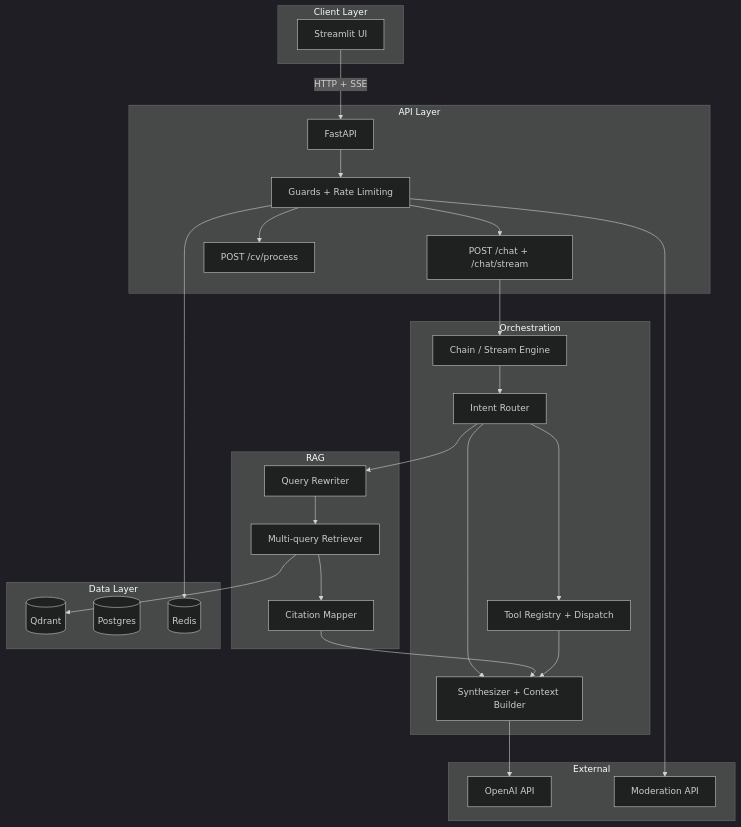
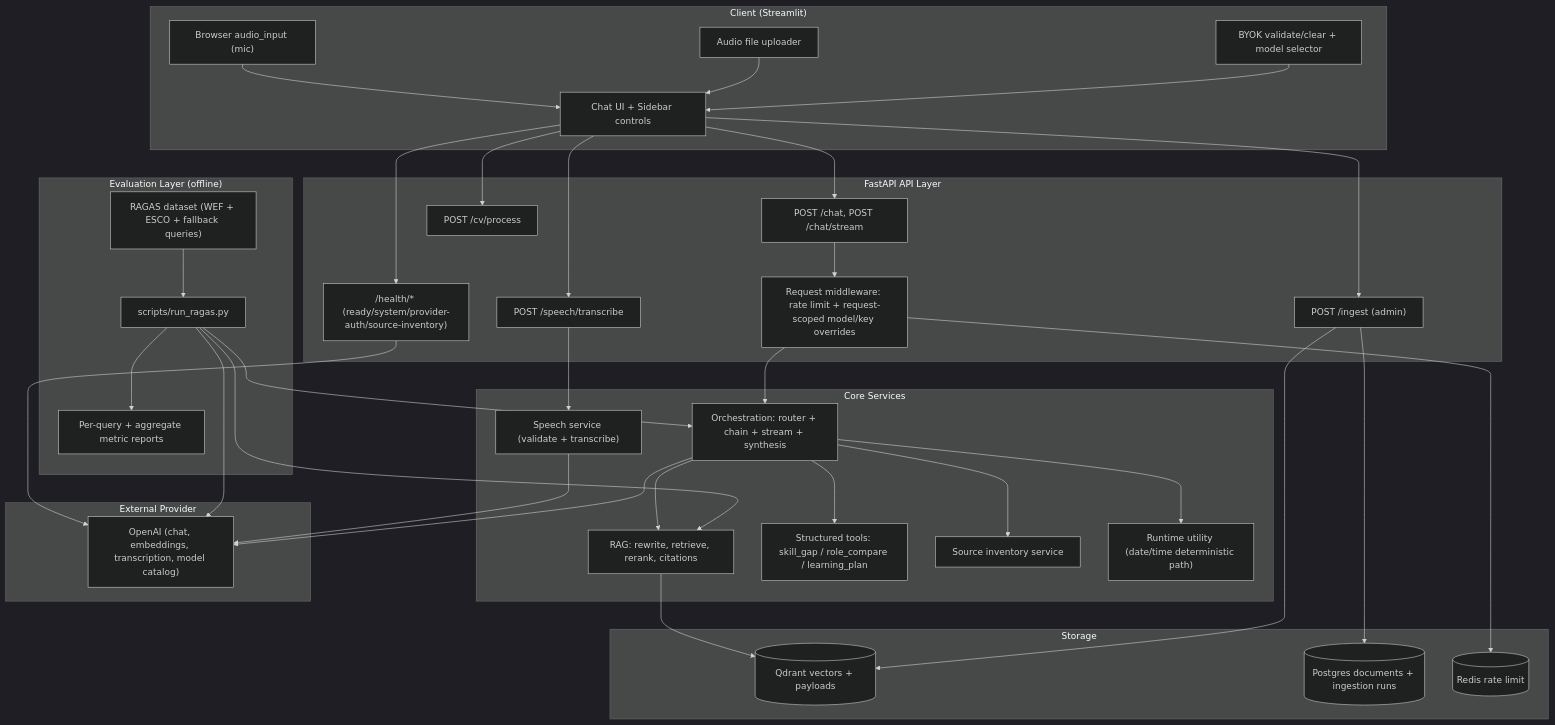
The first of 4 diagrams in docs/architecture.md (Fejjii/Career-Consultant-Platform), drawn with Mermaid (dark theme) before and after one commit. The commit also changed other lines of this file and 98 other files, not shown here.

First line of the commit message:
fix: improve routing calibration and stabilize demo-ready RAG system

````diff
--- a/docs/architecture.md
+++ b/docs/architecture.md
@@ -5,49 +7,69 @@
 ```mermaid
 flowchart TB
-    subgraph client ["Client Layer"]
-        UI["Streamlit UI"]
+    subgraph Client["Client (Streamlit)"]
+        UI["Chat UI + Sidebar controls"]
+        MIC["Browser audio_input (mic)"]
+        FILE["Audio file uploader"]
+        BYOK["BYOK validate/clear + model selector"]
     end
 
-    subgraph api ["API Layer"]
-        FastAPI["FastAPI"]
-        Guards["Guards + Rate Limiting"]
-        ChatEP["POST /chat + /chat/stream"]
-        CVEP["POST /cv/process"]
+    subgraph API["FastAPI API Layer"]
+        MAIN["Request middleware: rate limit + request-scoped model/key overrides"]
+        CHAT["POST /chat, POST /chat/stream"]
+        CV["POST /cv/process"]
+        SPEECH["POST /speech/transcribe"]
+        HEALTH["/health/* (ready/system/provider-auth/source-inventory)"]
+        INGEST["POST /ingest (admin)"]
     end
 
-    subgraph orchestration ["Orchestration"]
-        Router["Intent Router"]
-        ChainEngine["Chain / Stream Engine"]
-        Synth["Synthesizer + Context Builder"]
-        ToolReg["Tool Registry + Dispatch"]
+    subgraph Core["Core Services"]
+        ORCH["Orchestration: router + chain + stream + synthesis"]
+        RAG["RAG: rewrite, retrieve, rerank, citations"]
+        TOOLS["Structured tools: skill_gap / role_compare / learning_plan"]
+        SRCINV["Source inventory service"]
+        RUNTIME["Runtime utility (date/time deterministic path)"]
+        STT["Speech service (validate + transcribe)"]
     end
 
-    subgraph rag ["RAG"]
-        Rewrite["Query Rewriter"]
-        Retrieve["Multi-query Retriever"]
-        Cite["Citation Mapper"]
+    subgraph Data["Storage"]
+        QDRANT[("Qdrant vectors + payloads")]
+        POSTGRES[("Postgres documents + ingestion runs")]
+        REDIS[("Redis rate limit")]
     end
 
-    subgraph data ["Data Layer"]
-        Qdrant[("Qdrant")]
-        Postgres[("Postgres")]
-        Redis[("Redis")]
+    subgraph Eval["Evaluation Layer (offline)"]
+        GOLDEN["RAGAS dataset (WEF + ESCO + fallback queries)"]
+        RAGAS["scripts/run_ragas.py"]
+        REPORTS["Per-query + aggregate metric reports"]
     end
 
-    subgraph ext ["External"]
-        OpenAI["OpenAI API"]
-        Moderation["Moderation API"]
+    subgraph External["External Provider"]
+        OPENAI["OpenAI (chat, embeddings, transcription, model catalog)"]
     end
 
-    UI -->|"HTTP + SSE"| FastAPI
-    FastAPI --> Guards --> ChatEP & CVEP
-    ChatEP --> ChainEngine
-    ChainEngine --> Router
-    Router --> Synth
-    Router --> Rewrite --> Retrieve --> Cite --> Synth
-    Router --> ToolReg --> Synth
-    Retrieve --> Qdrant
-    Synth --> OpenAI
-    Guards --> Redis
-    Guards --> Moderation
+    MIC --> UI
+    FILE --> UI
+    BYOK --> UI
+    UI --> CHAT
+    UI --> CV
+    UI --> SPEECH
+    UI --> HEALTH
+    UI --> INGEST
+    CHAT --> MAIN --> ORCH
+    ORCH --> RAG
+    ORCH --> TOOLS
+    ORCH --> SRCINV
+    ORCH --> RUNTIME
+    RAG --> QDRANT
+    INGEST --> QDRANT
+    INGEST --> POSTGRES
+    SPEECH --> STT --> OPENAI
+    ORCH --> OPENAI
+    HEALTH --> OPENAI
+    MAIN --> REDIS
+    GOLDEN --> RAGAS
+    RAGAS --> ORCH
+    RAGAS --> RAG
+    RAGAS --> OPENAI
+    RAGAS --> REPORTS
 ```
````
